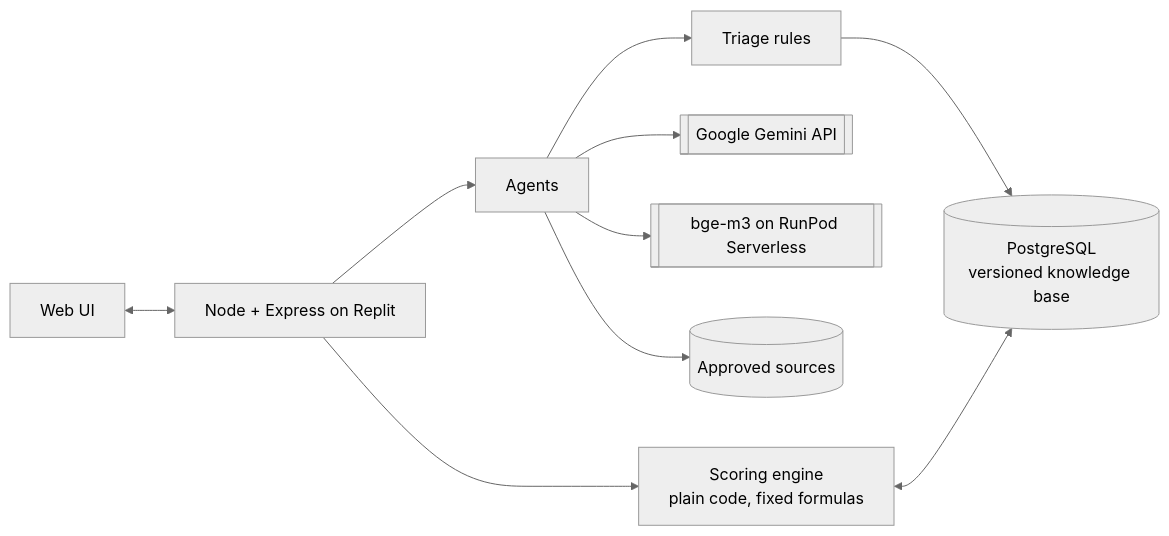
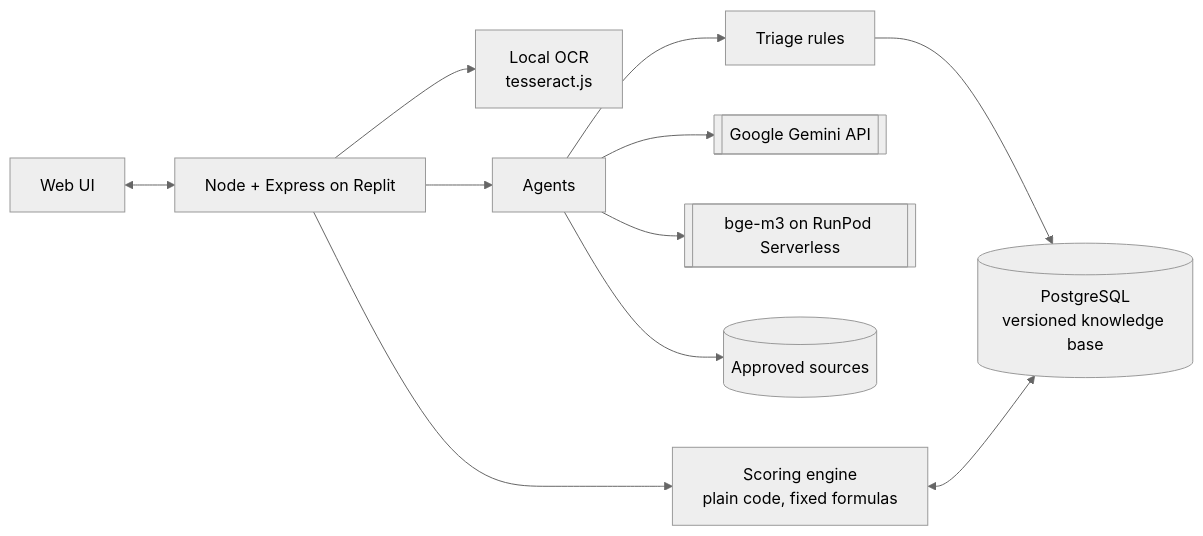
Before and after one commit to shenenleow10521/SdcHackathon: the diagram in README.md, drawn with Mermaid (neutral theme). The commit also changed other lines of this file and 1 other file, not shown here.

````diff
--- a/README.md
+++ b/README.md
@@ -99,11 +148,12 @@
 ```mermaid
 flowchart LR
   UI[Web UI] <--> API[Node + Express on Replit]
   API --> ENG[Scoring engine<br/>plain code, fixed formulas]
+  API --> OCR[Local OCR<br/>tesseract.js]
   API --> AG[Agents]
   AG --> LLM[[Google Gemini API]]
   AG --> EMB[[bge-m3 on RunPod Serverless]]
   AG --> SRC[(Approved sources)]
   AG --> TRI[Triage rules] --> DB[(PostgreSQL<br/>versioned knowledge base)]
   ENG <--> DB
 ```
````
